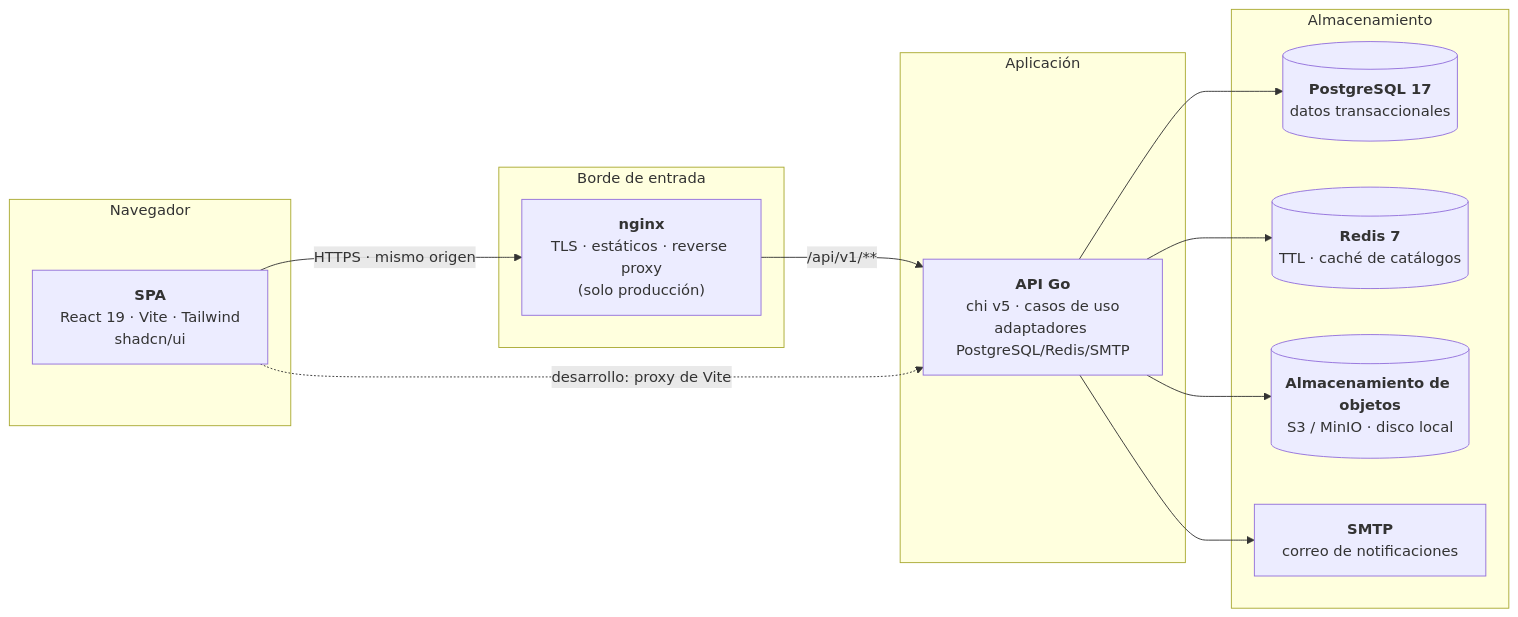
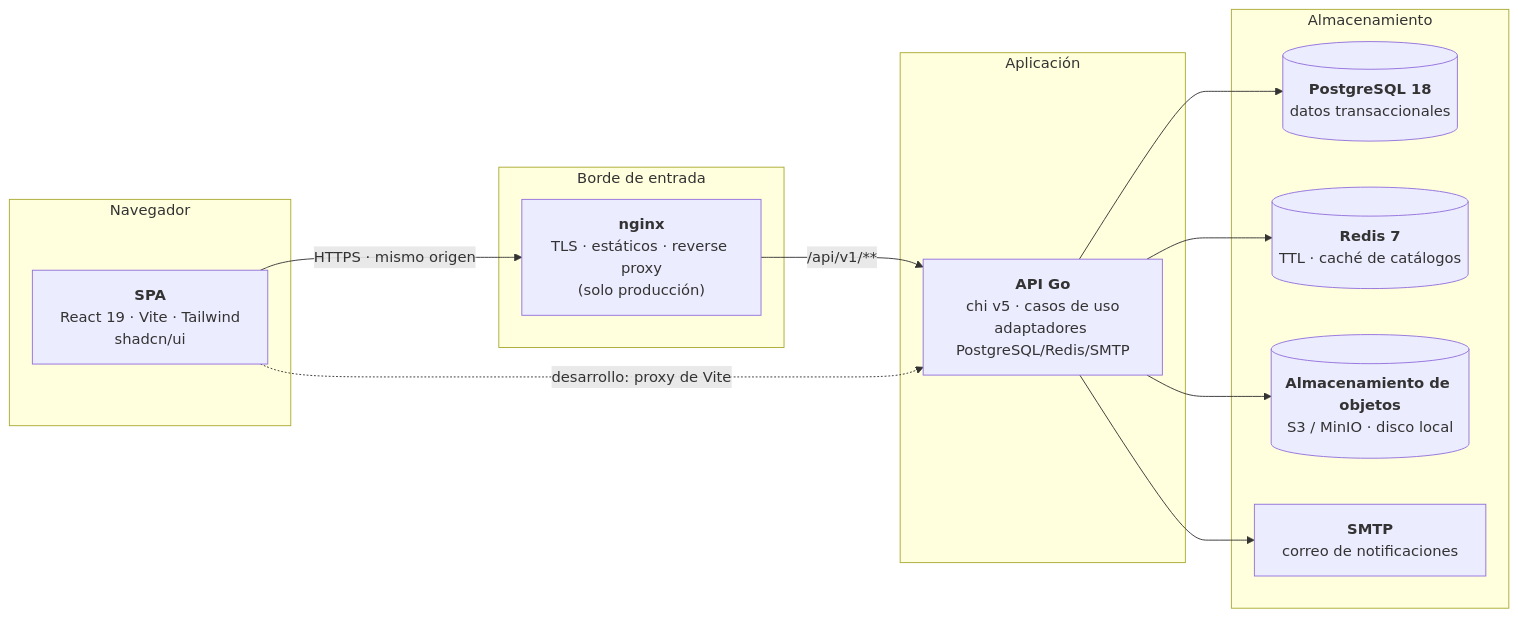
Before and after one commit to yan2005dris-afk/Framework-Examen: the second of 6 diagrams in docs/architecture/ARQUITECTURA.md, drawn with Mermaid. The commit also changed 10 other files, not shown here.

First line of the commit message:
docs: documenta PostgreSQL 18 y UUIDv7

````diff
--- a/docs/architecture/ARQUITECTURA.md
+++ b/docs/architecture/ARQUITECTURA.md
@@ -63,29 +63,29 @@
 ```mermaid
 flowchart LR
     subgraph cliente["Navegador"]
         SPA["<b>SPA</b><br/>React 19 · Vite · Tailwind<br/>shadcn/ui"]
     end
 
     subgraph borde["Borde de entrada"]
         NGX["<b>nginx</b><br/>TLS · estáticos · reverse proxy<br/>(solo producción)"]
     end
 
     subgraph aplicacion["Aplicación"]
         API["<b>API Go</b><br/>chi v5 · casos de uso<br/>adaptadores PostgreSQL/Redis/SMTP"]
     end
 
     subgraph datos["Almacenamiento"]
-        PG[("<b>PostgreSQL 17</b><br/>datos transaccionales")]
+        PG[("<b>PostgreSQL 18</b><br/>datos transaccionales")]
         RD[("<b>Redis 7</b><br/>TTL · caché de catálogos")]
         FS[("<b>Almacenamiento de objetos</b><br/>S3 / MinIO · disco local")]
         SM["<b>SMTP</b><br/>correo de notificaciones"]
     end
 
     SPA -->|"HTTPS · mismo origen"| NGX
     NGX -->|"/api/v1/**"| API
     SPA -.->|"desarrollo: proxy de Vite"| API
     API --> PG
     API --> RD
     API --> FS
     API --> SM
 ```
````
